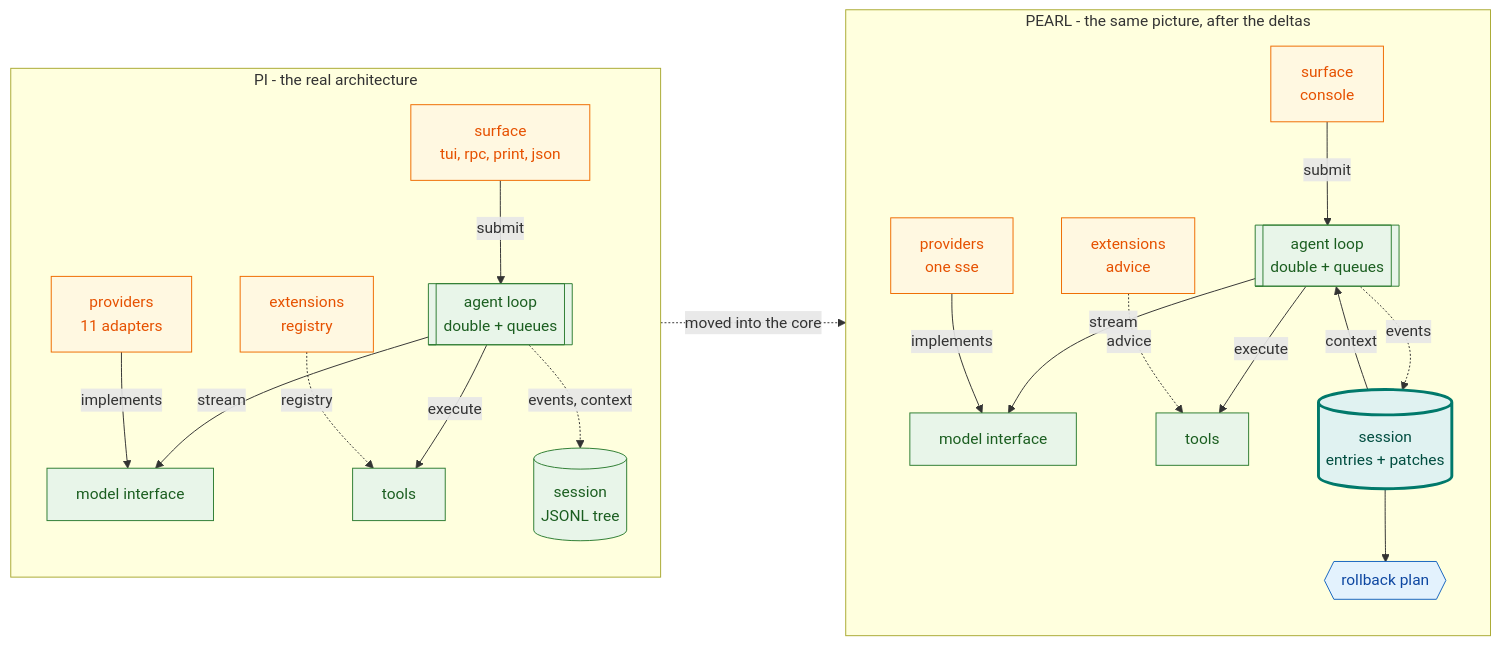
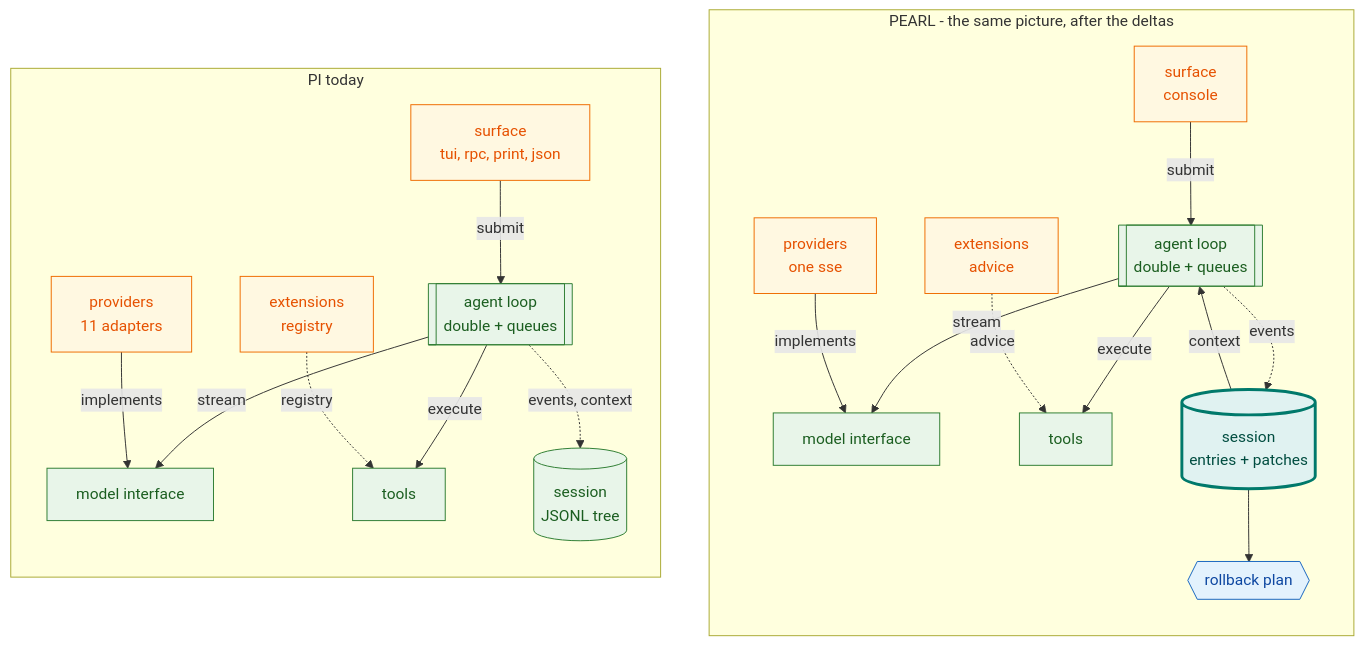
One commit to OverbearingPearl/pearl changed the diagram in README.md. Above: the diagram before and after it, drawn with Mermaid. The commit also changed other lines of this file, not shown here.

Commit message:
Give each half its own top-down layout
The panels were vertical-ish only by accident: the previous block ran
the whole graph left to right and let the boxes inherit it, so the two
halves read as horizontal chains sitting next to each other. The ask
was two top-down structures placed side by side, which is a different
picture.

Mermaid can do it, but only under two conditions I had to find by
rendering: every subgraph has to declare its own direction, and nothing
may connect the subgraphs. One edge between them and the declared
direction is dropped, which is why the earlier version had a single
cross arrow and the wrong inner layout.

Dropping that edge costs the only label that said which node moved, so
the prose now carries it, and colour still marks the destination. The
trade is worth it: the layout is what the reader scans first.

Subgraphs come out in reverse declaration order, so PEARL is declared
first to put PI on the left. That is a rendering quirk, not a fact about
the architecture, and there is a comment above the block saying so, so
nobody "fixes" the order later.

````diff
--- a/README.md
+++ b/README.md
@@ -45,49 +50,32 @@
 ```mermaid
-flowchart LR
-  subgraph L["PI - the real architecture"]
-    direction TB
-    l_surf["surface<br/>tui, rpc, print, json"]
-    l_loop[["agent loop<br/>double + queues"]]
-    l_model["model interface"]
-    l_tools["tools"]
-    l_sess[("session<br/>JSONL tree")]
-    l_ext["extensions<br/>registry"]
-    l_prov["providers<br/>11 adapters"]
-    l_surf -->|submit| l_loop
-    l_loop -->|stream| l_model
-    l_loop -->|execute| l_tools
-    l_loop -.->|"events, context"| l_sess
-    l_ext -.->|registry| l_tools
-    l_prov -->|implements| l_model
-  end
+flowchart TB
   subgraph R["PEARL - the same picture, after the deltas"]
     direction TB
-    r_surf["surface<br/>console"]
-    r_loop[["agent loop<br/>double + queues"]]
-    r_model["model interface"]
-    r_tools["tools"]
-    r_sess[("session<br/>entries + patches")]
-    r_plan{{"rollback plan"}}
-    r_ext["extensions<br/>advice"]
-    r_prov["providers<br/>one sse"]
-    r_surf -->|submit| r_loop
-    r_loop -->|stream| r_model
-    r_loop -->|execute| r_tools
-    r_loop -.->|events| r_sess
+    r_surf["surface<br/>console"] -->|submit| r_loop[["agent loop<br/>double + queues"]]
+    r_loop -->|stream| r_model["model interface"]
+    r_loop -->|execute| r_tools["tools"]
+    r_loop -.->|events| r_sess[("session<br/>entries + patches")]
     r_sess -->|context| r_loop
-    r_sess --> r_plan
-    r_ext -.->|advice| r_tools
-    r_prov -->|implements| r_model
+    r_sess --> r_plan{{"rollback plan"}}
+    r_ext["extensions<br/>advice"] -.->|advice| r_tools
+    r_prov["providers<br/>one sse"] -->|implements| r_model
   end
-  l_sess -.->|"moved into the core"| r_sess
+  subgraph L["PI today"]
+    direction TB
+    l_surf["surface<br/>tui, rpc, print, json"] -->|submit| l_loop[["agent loop<br/>double + queues"]]
+    l_loop -->|stream| l_model["model interface"]
+    l_loop -->|execute| l_tools["tools"]
+    l_loop -.->|"events, context"| l_sess[("session<br/>JSONL tree")]
+    l_ext["extensions<br/>registry"] -.->|registry| l_tools
+    l_prov["providers<br/>11 adapters"] -->|implements| l_model
+  end
   classDef keep fill:#e8f5e9,stroke:#2e7d32,color:#1b5e20
   classDef moved fill:#e0f2f1,stroke:#00796b,color:#004d40,stroke-width:3px
   classDef added fill:#e3f2fd,stroke:#1565c0,color:#0d47a1
   classDef changed fill:#fff8e1,stroke:#ef6c00,color:#e65100
-  class l_loop,l_model,l_tools,l_sess keep
-  class r_loop,r_model,r_tools keep
+  class l_loop,l_model,l_tools,l_sess,r_loop,r_model,r_tools keep
   class l_surf,l_ext,l_prov changed
   class r_surf,r_ext,r_prov changed
   class r_sess moved
   class r_plan added
 ```
````
